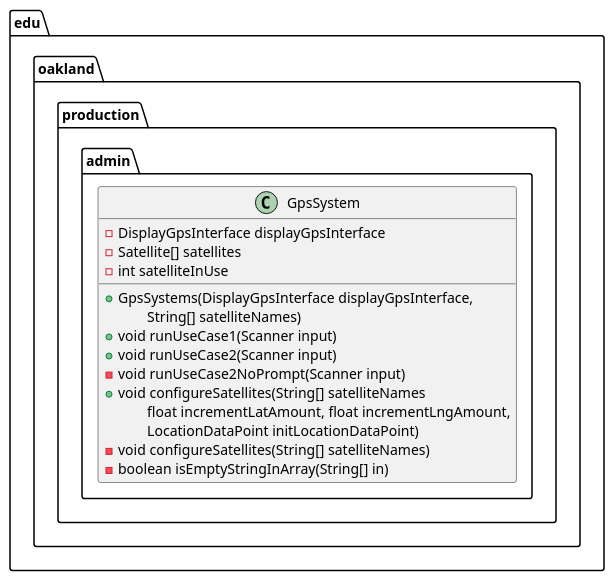
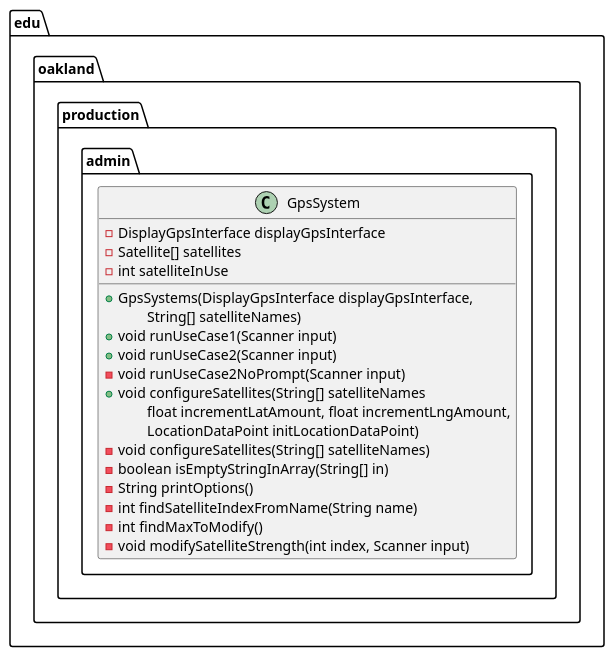
The diagram in docs/uml-class-diagrams/admin/production/GpsSystem/GpsSystem.puml (andrewdimmer/csi-3370-software-project), drawn with PlantUML before and after one commit. The commit also changed 96 other files, not shown here.

```diff
--- a/docs/uml-class-diagrams/admin/production/GpsSystem/GpsSystem.puml
+++ b/docs/uml-class-diagrams/admin/production/GpsSystem/GpsSystem.puml
@@ -1,22 +1,26 @@
 @startuml GpsSystem
 
 package edu.oakland.production.admin {
     class GpsSystem {
         - DisplayGpsInterface displayGpsInterface
         - Satellite[] satellites
         - int satelliteInUse
         __
         + GpsSystems(DisplayGpsInterface displayGpsInterface,
         \tString[] satelliteNames)
         + void runUseCase1(Scanner input)
         + void runUseCase2(Scanner input)
         - void runUseCase2NoPrompt(Scanner input)
         + void configureSatellites(String[] satelliteNames
         \tfloat incrementLatAmount, float incrementLngAmount,
         \tLocationDataPoint initLocationDataPoint)
         - void configureSatellites(String[] satelliteNames)
         - boolean isEmptyStringInArray(String[] in)
+        - String printOptions()
+        - int findSatelliteIndexFromName(String name)
+        - int findMaxToModify()
+        - void modifySatelliteStrength(int index, Scanner input)
     }
 }
 
 @enduml
```
